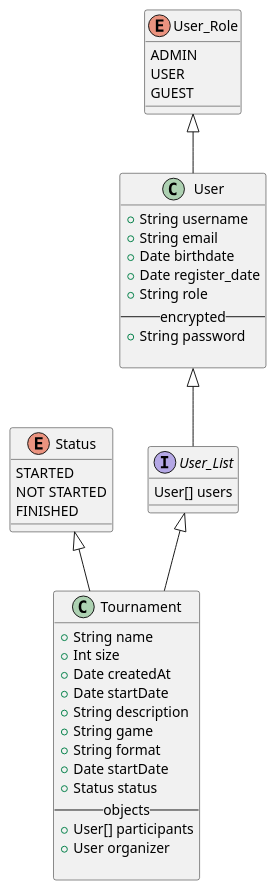
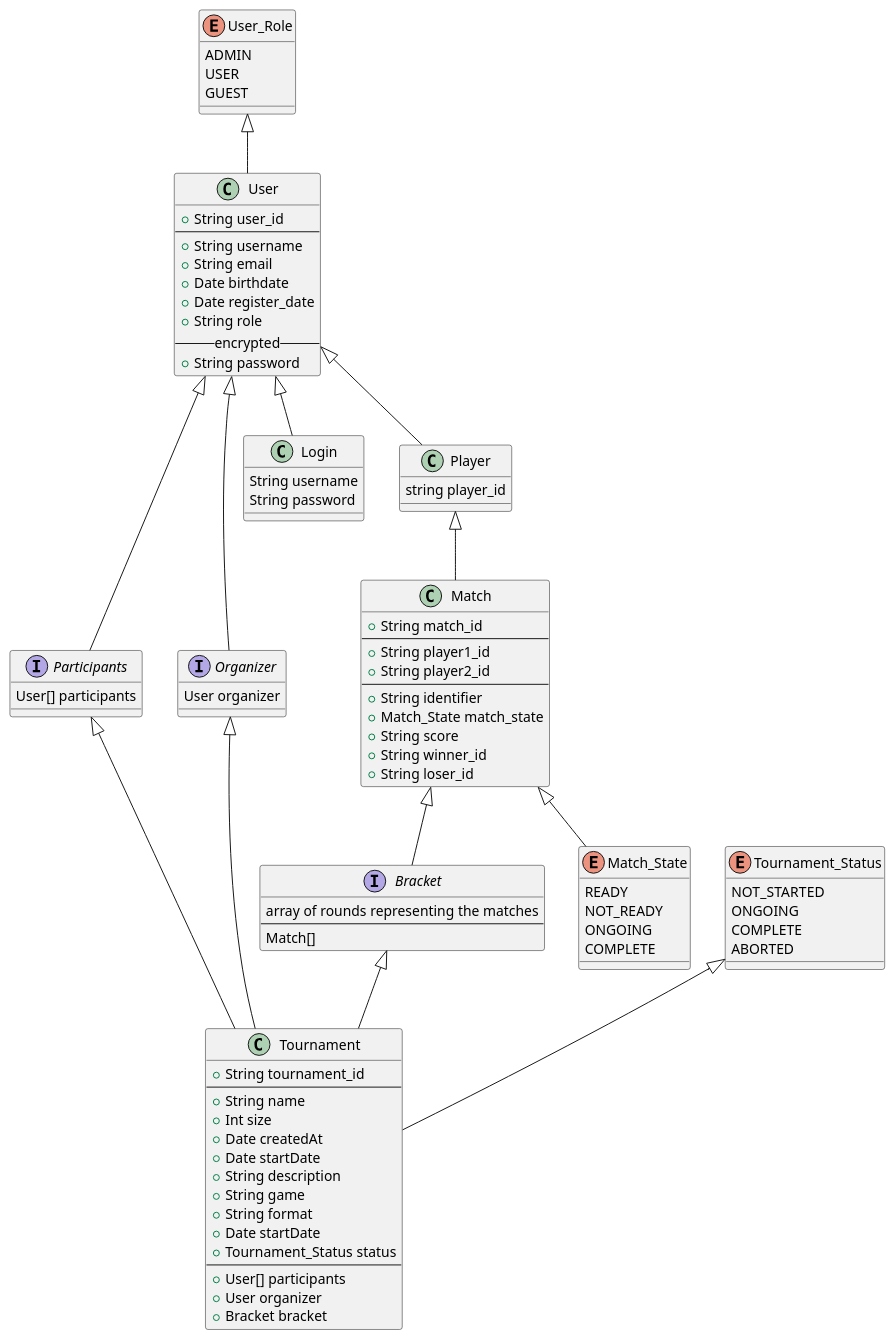
The diagram in project-resources/diagram/scratch_1.puml (Ikuzen-software/tournament-mp2), drawn with PlantUML before and after one commit. The commit also changed 8 other files, not shown here.

Commit message:
change color of the theme, update the UML diagram

```diff
--- a/project-resources/diagram/scratch_1.puml
+++ b/project-resources/diagram/scratch_1.puml
@@ -1,50 +1,101 @@
 @startuml
-interface User_List{
-  User[] users
+interface Participants{
+  User[] participants
 }
 
-User_Role <|-- User
-Status <|-- Tournament
-User_List <|-- Tournament
-User <|-- User_List
+interface Organizer{
+  User organizer
+}
 
+interface Bracket{
+  array of rounds representing the matches
+  --
+  Match[]
+}
+
+class Match{
+  +String match_id
+  --
+  +String player1_id
+  +String player2_id
+  --
+  +String identifier
+  +Match_State match_state
+  +String score
+  +String winner_id
+  +String loser_id
+}
+
+enum Match_State{
+  READY
+  NOT_READY
+  ONGOING
+  COMPLETE
+}
 
 enum User_Role{
   ADMIN
   USER
   GUEST
 }
 
-enum Status{
-  STARTED
-  NOT STARTED
-  FINISHED
+class Login{
+  String username
+  String password
+}
+
+enum Tournament_Status{
+  NOT_STARTED
+  ONGOING
+  COMPLETE
+  ABORTED
 }
 
 class User {
+  + String user_id
+  --
   + String username
   + String email
   + Date birthdate
   + Date register_date
   + String role
   -- encrypted --
   + String password
-
 }
 
+class Player{
+  string player_id
+}
+
+
 class Tournament{
+  + String tournament_id
+  --
   + String name
   + Int size
   + Date createdAt
   + Date startDate
   + String description
   + String game
   + String format
   + Date startDate
-  + Status status
-  -- objects --
+  + Tournament_Status status
+  --
   + User[] participants
   + User organizer
+  + Bracket bracket
+}
 
-}
+User_Role <|-- User
+Tournament_Status <|-- Tournament
+Participants <|-- Tournament
+User <|-- Participants
+User <|-- Organizer
+User <|-- Login
+User <|-- Player
+Player <|-- Match
+Organizer <|-- Tournament
+Bracket <|-- Tournament
+Match <|-- Bracket
+Match <|-- Match_State
 @enduml
```
